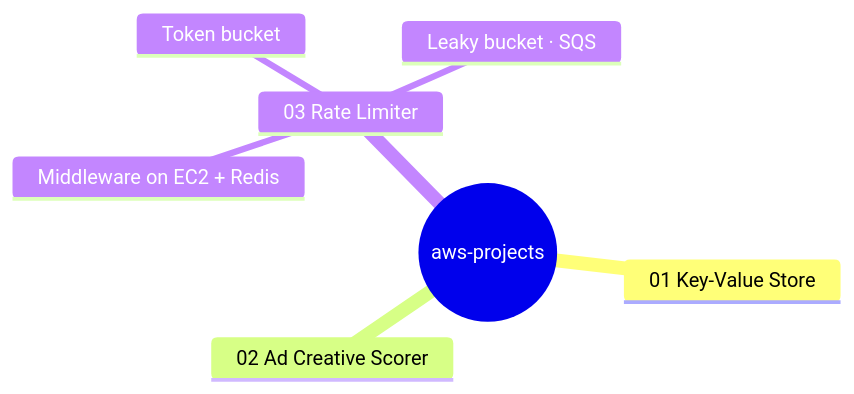
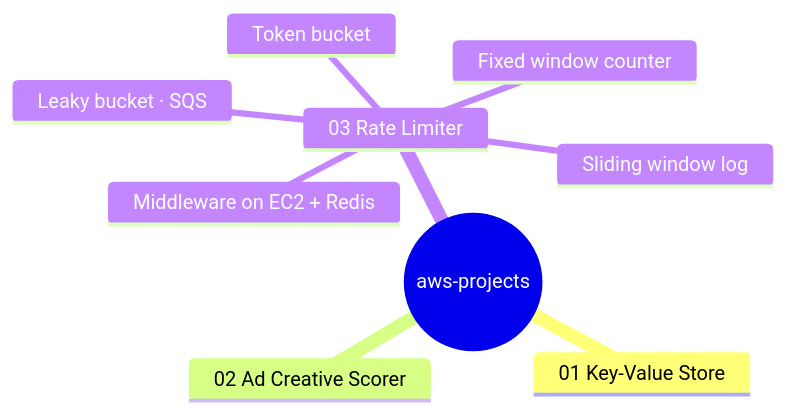
The first of 3 diagrams in README.md (TareDevarsh/AWS-cloudformation-projects), drawn with Mermaid before and after one commit. The commit also changed other lines of this file and 36 other files, not shown here.

````diff
--- a/README.md
+++ b/README.md
@@ -53,10 +53,12 @@
 ```mermaid
 mindmap
   root((aws-projects))
     01 Key-Value Store
     02 Ad Creative Scorer
     03 Rate Limiter
       Middleware on EC2 + Redis
       Token bucket
       Leaky bucket · SQS
+      Sliding window log
+      Fixed window counter
 ```
````
